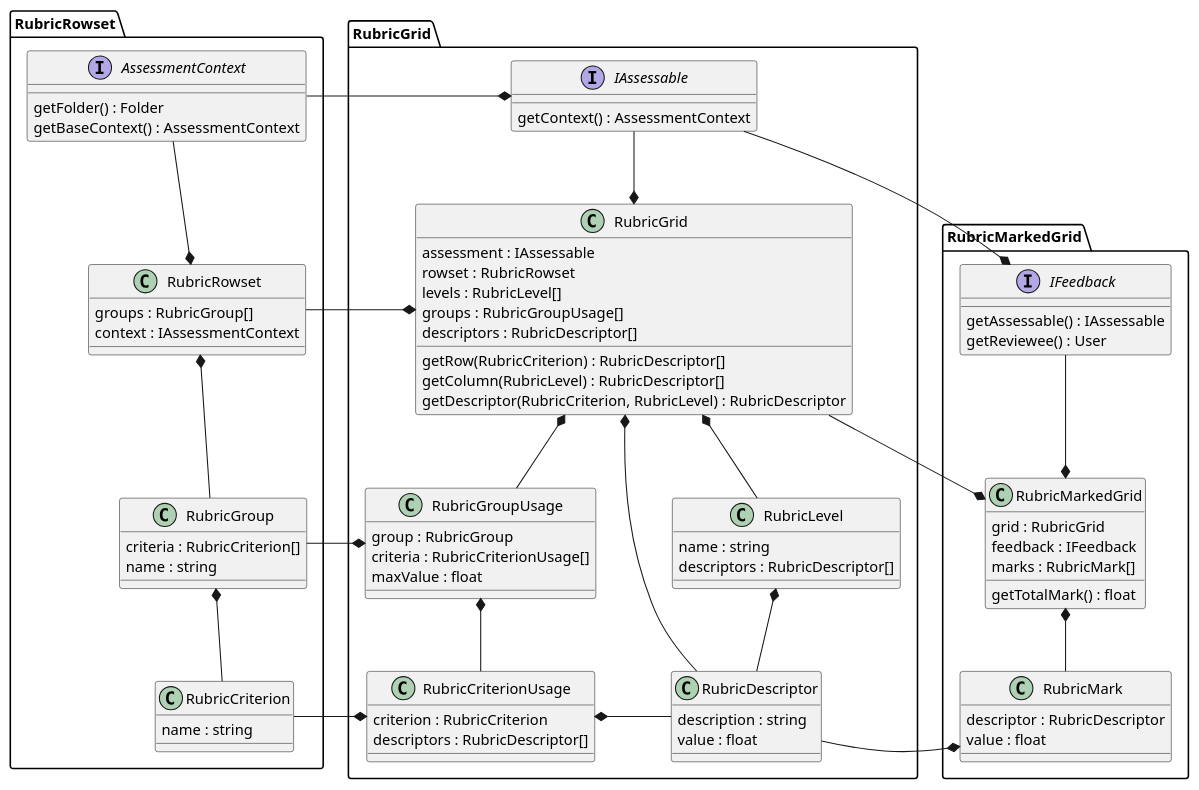
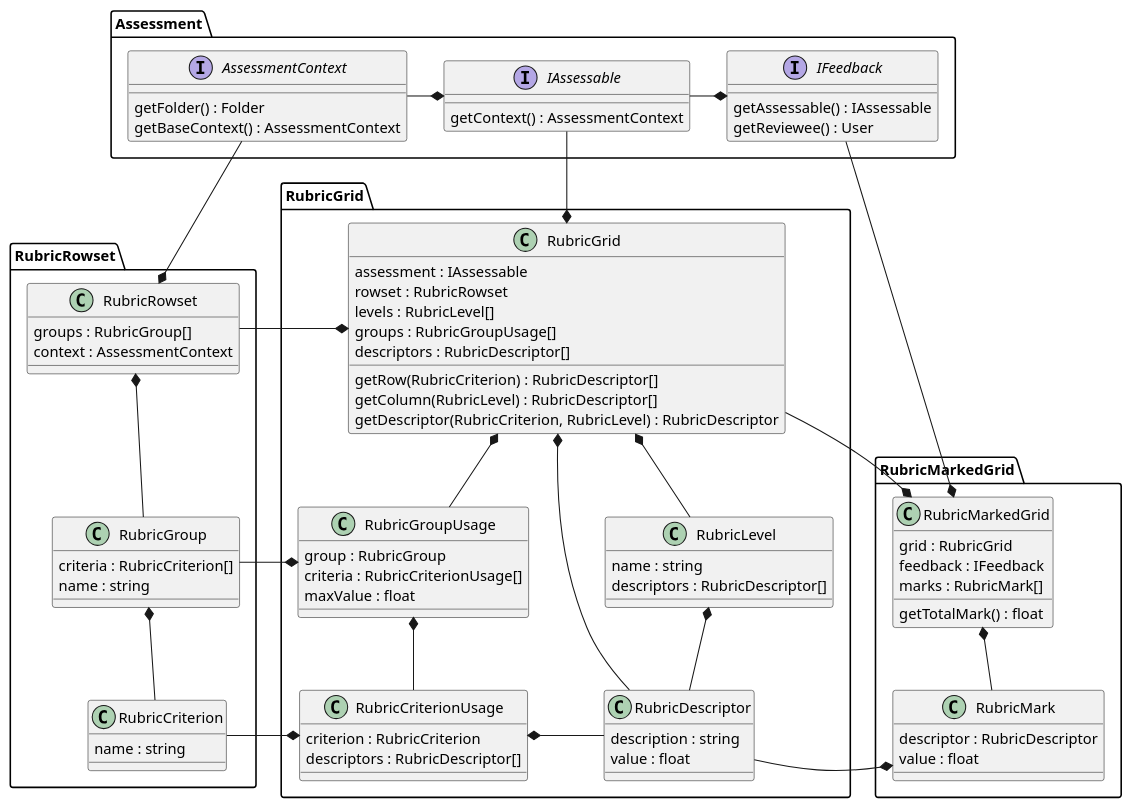
Before and after one commit to juliaattrevisan/schoolbox-api-docs: the diagram in library/Schoolbox/Assessment/Component/SubmissionBox/Rubric/Rubric.plantuml, drawn with PlantUML.

Commit message:
Namespace assessment interfaces separately too [SA-7281]

```diff
--- a/library/Schoolbox/Assessment/Component/SubmissionBox/Rubric/Rubric.plantuml
+++ b/library/Schoolbox/Assessment/Component/SubmissionBox/Rubric/Rubric.plantuml
@@ -1,109 +1,112 @@
 @startuml
 
-namespace RubricRowset {
+namespace Assessment {
     interface AssessmentContext {
         getFolder() : Folder
         getBaseContext() : AssessmentContext
     }
 
+    interface IAssessable {
+        getContext() : AssessmentContext
+    }
+
+    interface IFeedback {
+        getAssessable() : IAssessable
+        getReviewee() : User
+    }
+
+    IAssessable *-l- AssessmentContext
+    IFeedback *-l- IAssessable
+}
+
+namespace RubricRowset {
+
     class RubricRowset {
         groups : RubricGroup[]
-        context : IAssessmentContext
+        context : AssessmentContext
     }
 
     class RubricGroup {
         criteria : RubricCriterion[]
         name : string
     }
 
     class RubricCriterion {
         name : string
     }
 
-    RubricRowset *-u- AssessmentContext
+    RubricRowset *-u- Assessment.AssessmentContext
     RubricRowset *-d- RubricGroup
     RubricGroup *-d- RubricCriterion
 }
 
 
 
 namespace RubricGrid {
-    interface IAssessable {
-        getContext() : AssessmentContext
-    }
 
     class RubricGrid {
         assessment : IAssessable
         rowset : RubricRowset
         levels : RubricLevel[]
         groups : RubricGroupUsage[]
         descriptors : RubricDescriptor[]
         getRow(RubricCriterion) : RubricDescriptor[]
         getColumn(RubricLevel) : RubricDescriptor[]
         getDescriptor(RubricCriterion, RubricLevel) : RubricDescriptor
     }
 
     class RubricGroupUsage {
         group : RubricGroup
         criteria : RubricCriterionUsage[]
         maxValue : float
     }
 
     class RubricCriterionUsage {
         criterion : RubricCriterion
         descriptors : RubricDescriptor[]
     }
 
     class RubricLevel {
         name : string
         descriptors : RubricDescriptor[]
     }
 
     class RubricDescriptor {
         description : string
         value : float
     }
 
     RubricGrid *-l- RubricRowset.RubricRowset
-    RubricGrid *-u- IAssessable
+    RubricGrid *-u- Assessment.IAssessable
     RubricGrid *-d- RubricDescriptor
     RubricGrid *-d- RubricGroupUsage
     RubricGroupUsage *-l- RubricRowset.RubricGroup
     RubricGroupUsage *-d- RubricCriterionUsage
     RubricCriterionUsage *-l- RubricRowset.RubricCriterion
     RubricCriterionUsage *-r- RubricDescriptor
     RubricGrid *-d- RubricLevel
     RubricLevel *-r- RubricDescriptor
 
-    IAssessable *-l- RubricRowset.AssessmentContext
 }
 
 namespace RubricMarkedGrid {
-
-    interface IFeedback {
-        getAssessable() : IAssessable
-        getReviewee() : User
-    }
 
     class RubricMarkedGrid {
         grid : RubricGrid
         feedback : IFeedback
         marks : RubricMark[]
         getTotalMark() : float
     }
 
     class RubricMark {
         descriptor : RubricDescriptor
         value : float
     }
 
-
     RubricMarkedGrid *-l- RubricGrid.RubricGrid
-    RubricMarkedGrid *-u- IFeedback
+    RubricMarkedGrid *-u- Assessment.IFeedback
     RubricMarkedGrid *-d- RubricMark
     RubricMark *-l- RubricGrid.RubricDescriptor
-
-    IFeedback *-l- RubricGrid.IAssessable
 }
 
 @enduml
```
